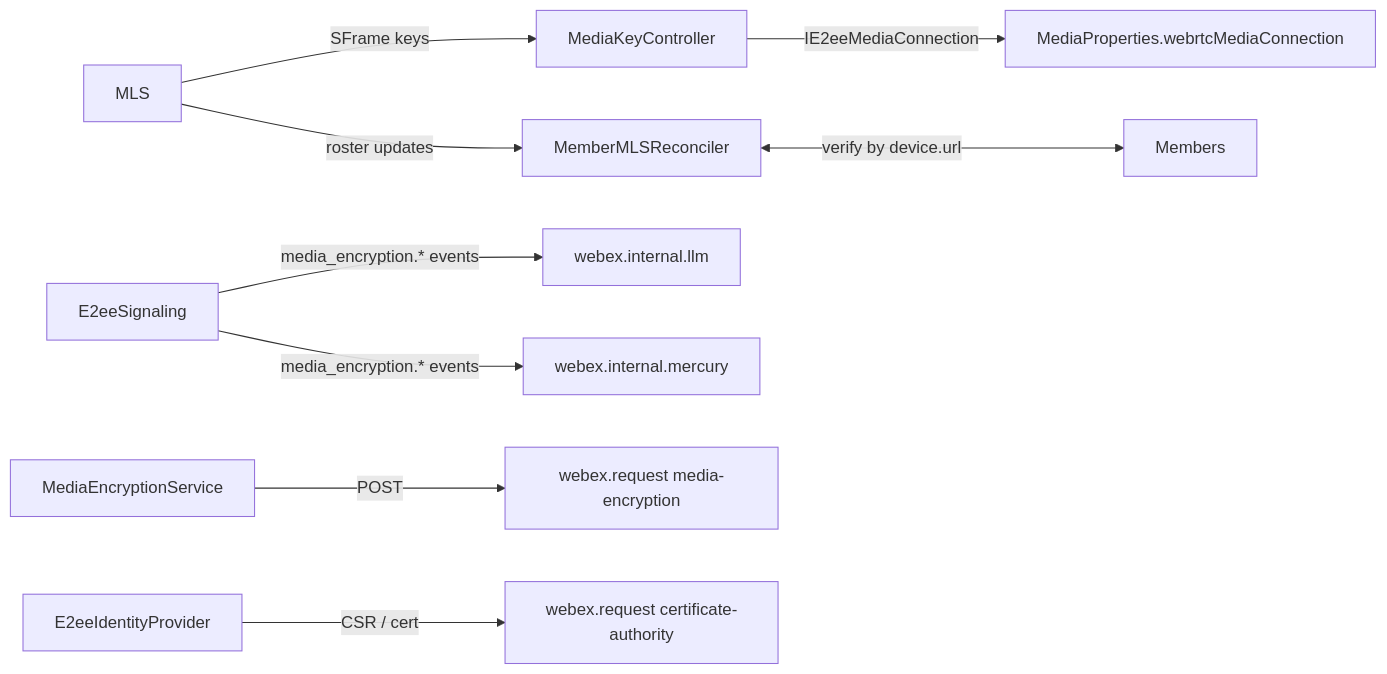
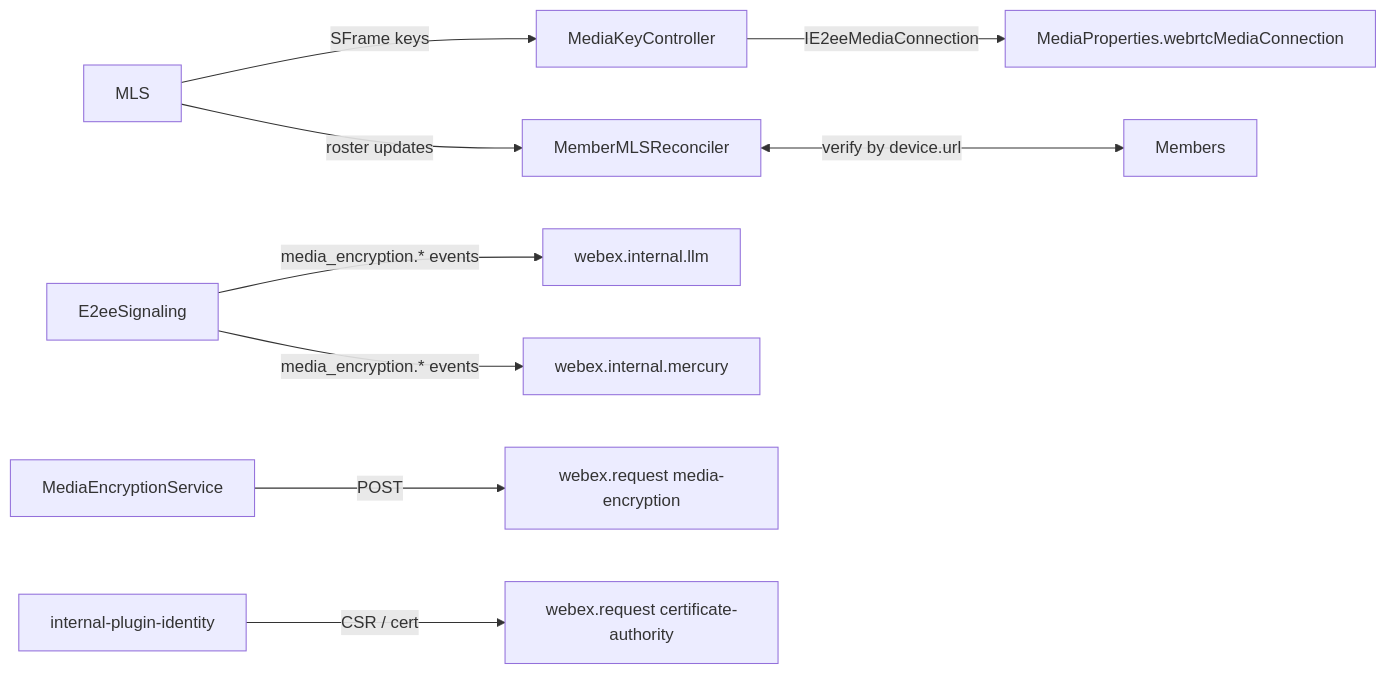
Before and after one commit to webex/webex-js-sdk: the third of 3 diagrams in packages/@webex/plugin-meetings/src/e2ee/DESIGN.md, drawn with Mermaid. The commit also changed other lines of this file and 20 other files, not shown here.

Commit message:
fix: moved identity to a new plugin

````diff
--- a/packages/@webex/plugin-meetings/src/e2ee/DESIGN.md
+++ b/packages/@webex/plugin-meetings/src/e2ee/DESIGN.md
@@ -145,12 +144,12 @@
 ```mermaid
 graph LR
     MLS[MLS] -->|SFrame keys| MediaCtl[MediaKeyController]
     MediaCtl -->|IE2eeMediaConnection| MediaProps[MediaProperties.webrtcMediaConnection]
     MLS -->|roster updates| Recon[MemberMLSReconciler]
     Recon <-->|verify by device.url| Members
 
     Sig[E2eeSignaling] -->|media_encryption.* events| LLM[webex.internal.llm]
     Sig -->|media_encryption.* events| Mercury[webex.internal.mercury]
     Svc[MediaEncryptionService] -->|POST| MES[webex.request media-encryption]
-    Ident[E2eeIdentityProvider] -->|CSR / cert| CA[webex.request certificate-authority]
+    Ident[internal-plugin-identity] -->|CSR / cert| CA[webex.request certificate-authority]
 ```
````
